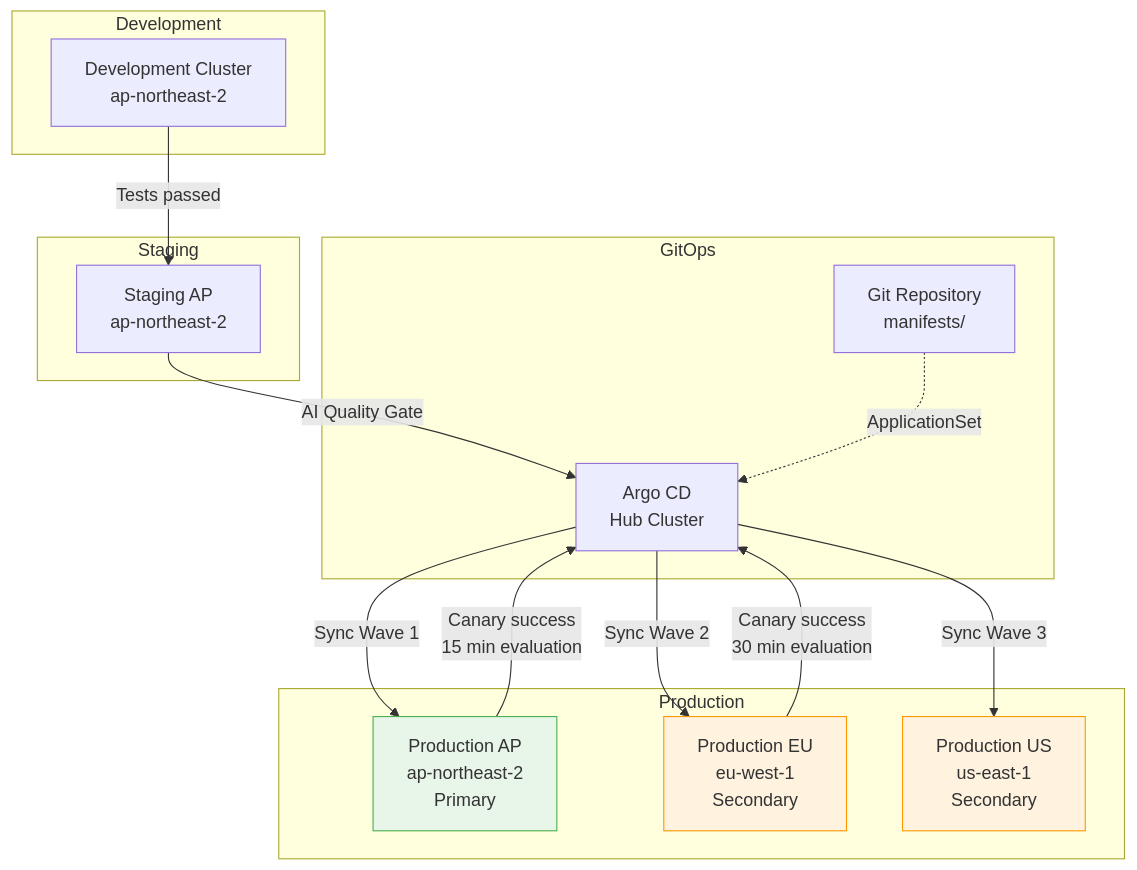
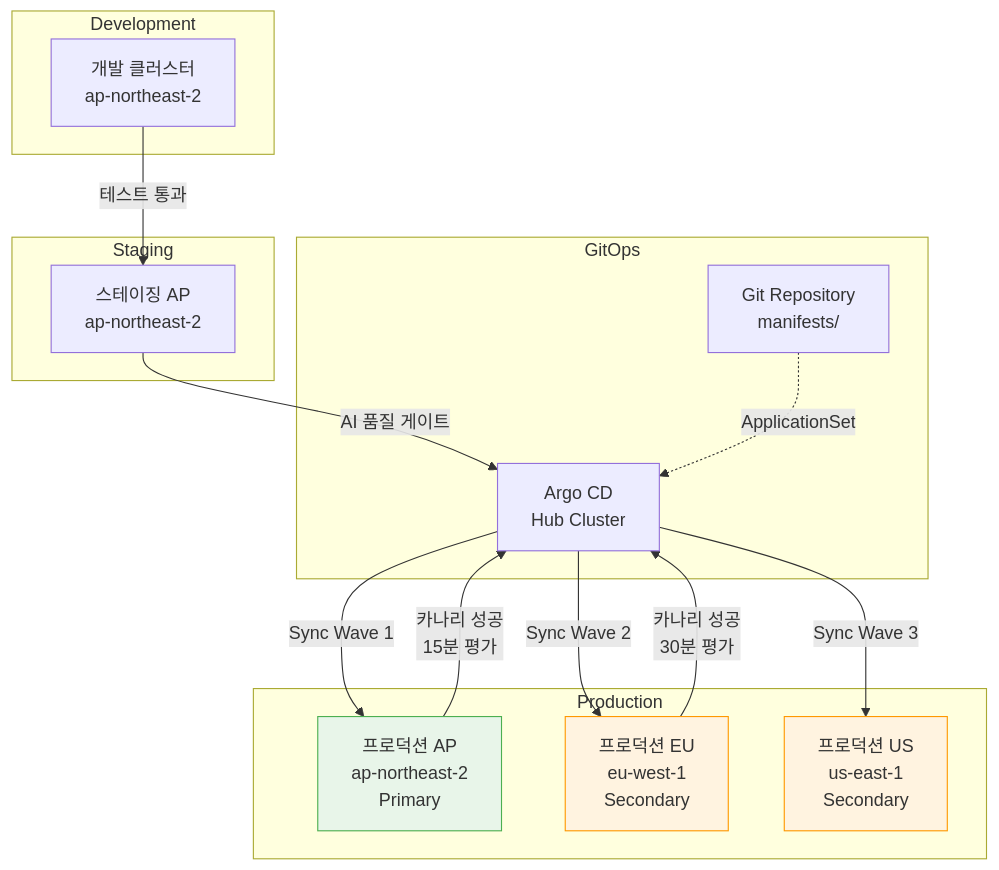
One commit to devfloor9/engineering-playbook changed the eighth of 8 diagrams in i18n/en/docusaurus-plugin-content-docs/current/aidlc/aidlc-framework.md. Above: the diagram before and after it, drawn with Mermaid. The commit also changed other lines of this file and 95 other files, not shown here.

````diff
--- a/i18n/en/docusaurus-plugin-content-docs/current/aidlc/aidlc-framework.md
+++ b/i18n/en/docusaurus-plugin-content-docs/current/aidlc/aidlc-framework.md
@@ -2326,38 +2321,38 @@
 ```mermaid
 graph TB
-    subgraph Development
-        DEV_CLUSTER[Development Cluster<br/>ap-northeast-2]
-    end
+ subgraph Development
+ DEV_CLUSTER[개발 클러스터<br/>ap-northeast-2]
+ end
 
-    subgraph Staging
-        STG_AP[Staging AP<br/>ap-northeast-2]
-    end
+ subgraph Staging
+ STG_AP[스테이징 AP<br/>ap-northeast-2]
+ end
 
-    subgraph Production
-        PROD_AP[Production AP<br/>ap-northeast-2<br/>Primary]
-        PROD_EU[Production EU<br/>eu-west-1<br/>Secondary]
-        PROD_US[Production US<br/>us-east-1<br/>Secondary]
-    end
+ subgraph Production
+ PROD_AP[프로덕션 AP<br/>ap-northeast-2<br/>Primary]
+ PROD_EU[프로덕션 EU<br/>eu-west-1<br/>Secondary]
+ PROD_US[프로덕션 US<br/>us-east-1<br/>Secondary]
+ end
 
-    subgraph GitOps
-        ARGOCD[Argo CD<br/>Hub Cluster]
-        GIT[Git Repository<br/>manifests/]
-    end
+ subgraph GitOps
+ ARGOCD[Argo CD<br/>Hub Cluster]
+ GIT[Git Repository<br/>manifests/]
+ end
 
-    DEV_CLUSTER -->|Tests passed| STG_AP
-    STG_AP -->|AI Quality Gate| ARGOCD
+ DEV_CLUSTER -->|테스트 통과| STG_AP
+ STG_AP -->|AI 품질 게이트| ARGOCD
 
-    ARGOCD -->|Sync Wave 1| PROD_AP
-    PROD_AP -->|Canary success<br/>15 min evaluation| ARGOCD
+ ARGOCD -->|Sync Wave 1| PROD_AP
+ PROD_AP -->|카나리 성공<br/>15분 평가| ARGOCD
 
-    ARGOCD -->|Sync Wave 2| PROD_EU
-    PROD_EU -->|Canary success<br/>30 min evaluation| ARGOCD
+ ARGOCD -->|Sync Wave 2| PROD_EU
+ PROD_EU -->|카나리 성공<br/>30분 평가| ARGOCD
 
-    ARGOCD -->|Sync Wave 3| PROD_US
+ ARGOCD -->|Sync Wave 3| PROD_US
 
-    GIT -.->|ApplicationSet| ARGOCD
+ GIT -.->|ApplicationSet| ARGOCD
 
-    style PROD_AP fill:#e8f5e9,stroke:#4caf50
-    style PROD_EU fill:#fff3e0,stroke:#ff9800
-    style PROD_US fill:#fff3e0,stroke:#ff9800
+ style PROD_AP fill:#e8f5e9,stroke:#4caf50
+ style PROD_EU fill:#fff3e0,stroke:#ff9800
+ style PROD_US fill:#fff3e0,stroke:#ff9800
 ```
````
